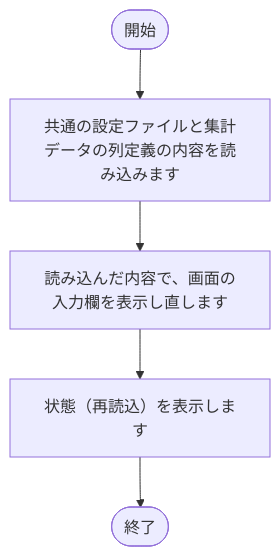
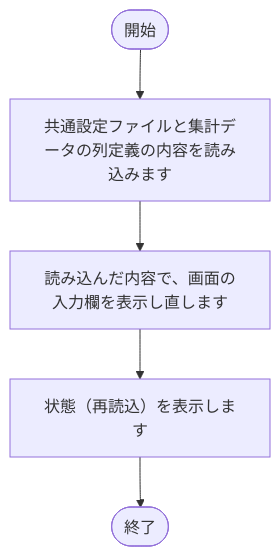
The ninth of 25 diagrams in tool/kintone-aggregator/doc/02_設計/処理フロー.md (nishida2073/project_management), drawn with Mermaid before and after one commit. The commit also changed other lines of this file and 21 other files, not shown here.

````diff
--- a/tool/kintone-aggregator/doc/02_設計/処理フロー.md
+++ b/tool/kintone-aggregator/doc/02_設計/処理フロー.md
@@ -265,12 +265,12 @@
 ```mermaid
 flowchart TD
     S(["開始"])
     E(["終了"])
-    N1["共通の設定ファイルと集計データの列定義の内容を読み込みます"]
+    N1["共通設定ファイルと集計データの列定義の内容を読み込みます"]
     S --> N1
     N2["読み込んだ内容で、画面の入力欄を表示し直します"]
     N1 --> N2
     N3["状態（再読込）を表示します"]
     N2 --> N3
     N3 --> E
 ```
````
